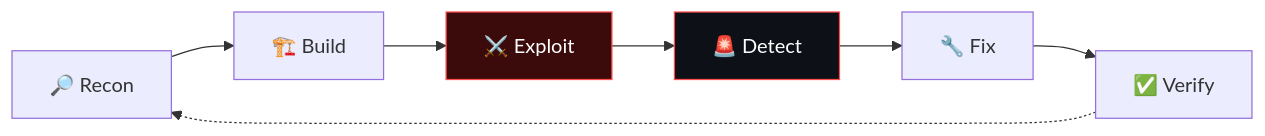
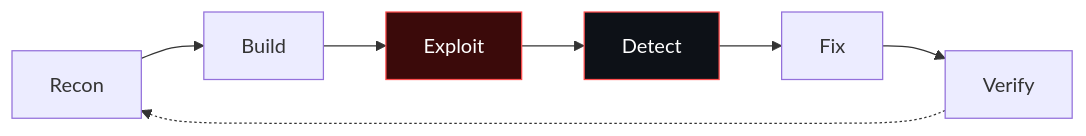
One commit to N4khlA/N4khlA changed the diagram in README.md. Above: the diagram before and after it, drawn with Mermaid. The commit also changed other lines of this file, not shown here.

````diff
--- a/README.md
+++ b/README.md
@@ -97,7 +97,7 @@
 ```mermaid
 flowchart LR
-    R["🔎 Recon"] --> B["🏗️ Build"] --> X["⚔️ Exploit"] --> D["🚨 Detect"] --> F["🔧 Fix"] --> V["✅ Verify"]
+    R["Recon"] --> B["Build"] --> X["Exploit"] --> D["Detect"] --> F["Fix"] --> V["Verify"]
     V -.-> R
     style X fill:#3b0a0a,stroke:#ff4d4d,color:#ffffff
     style D fill:#0d1117,stroke:#ff4d4d,color:#ffffff
 ```
````
